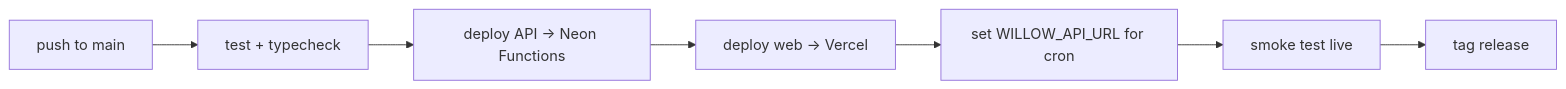
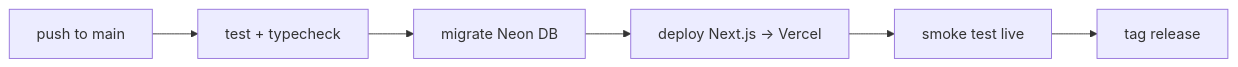
Before and after one commit to imsudip/willow: the diagram in docs/README.md, drawn with Mermaid. The commit also changed other lines of this file and 120 other files, not shown here.

First line of the commit message:
feat: migrate to Next.js (merge Hono API + Vite PWA into one app) (#3)

````diff
--- a/docs/README.md
+++ b/docs/README.md
@@ -45,9 +51,8 @@
 ```mermaid
 flowchart LR
     A[push to main] --> B[test + typecheck]
-    B --> C[deploy API → Neon Functions]
-    C --> D[deploy web → Vercel]
-    D --> E[set WILLOW_API_URL for cron]
-    E --> F[smoke test live]
-    F --> G[tag release]
+    B --> C[migrate Neon DB]
+    C --> D[deploy Next.js → Vercel]
+    D --> E[smoke test live]
+    E --> F[tag release]
 ```
````
